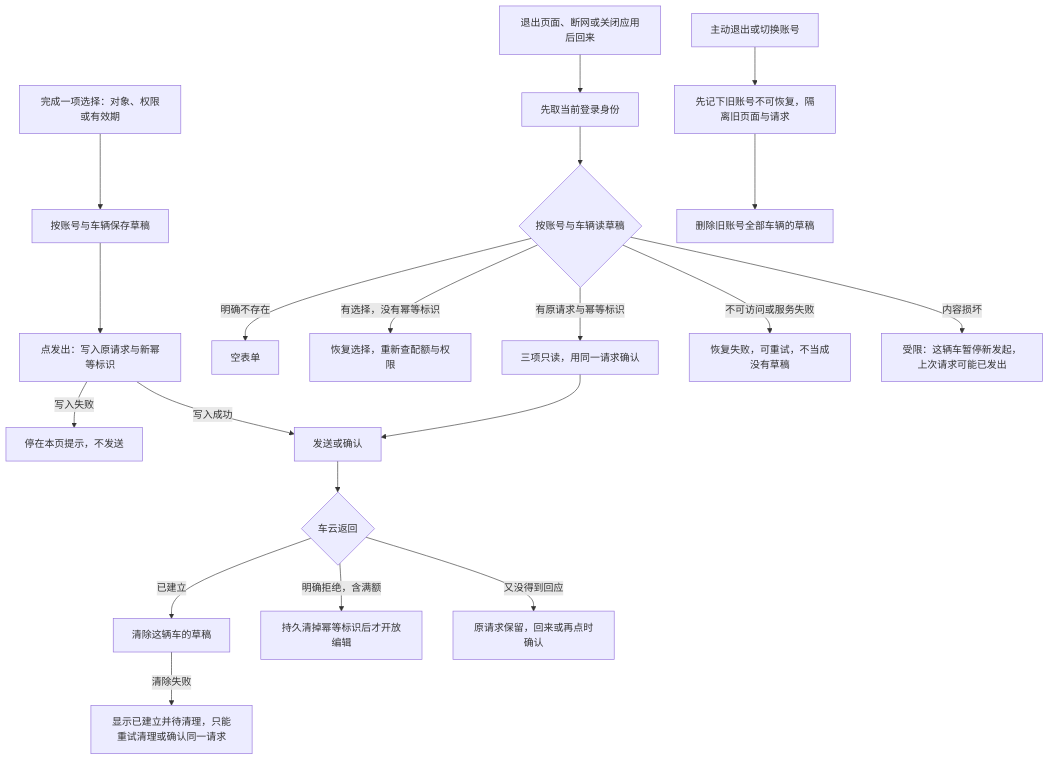
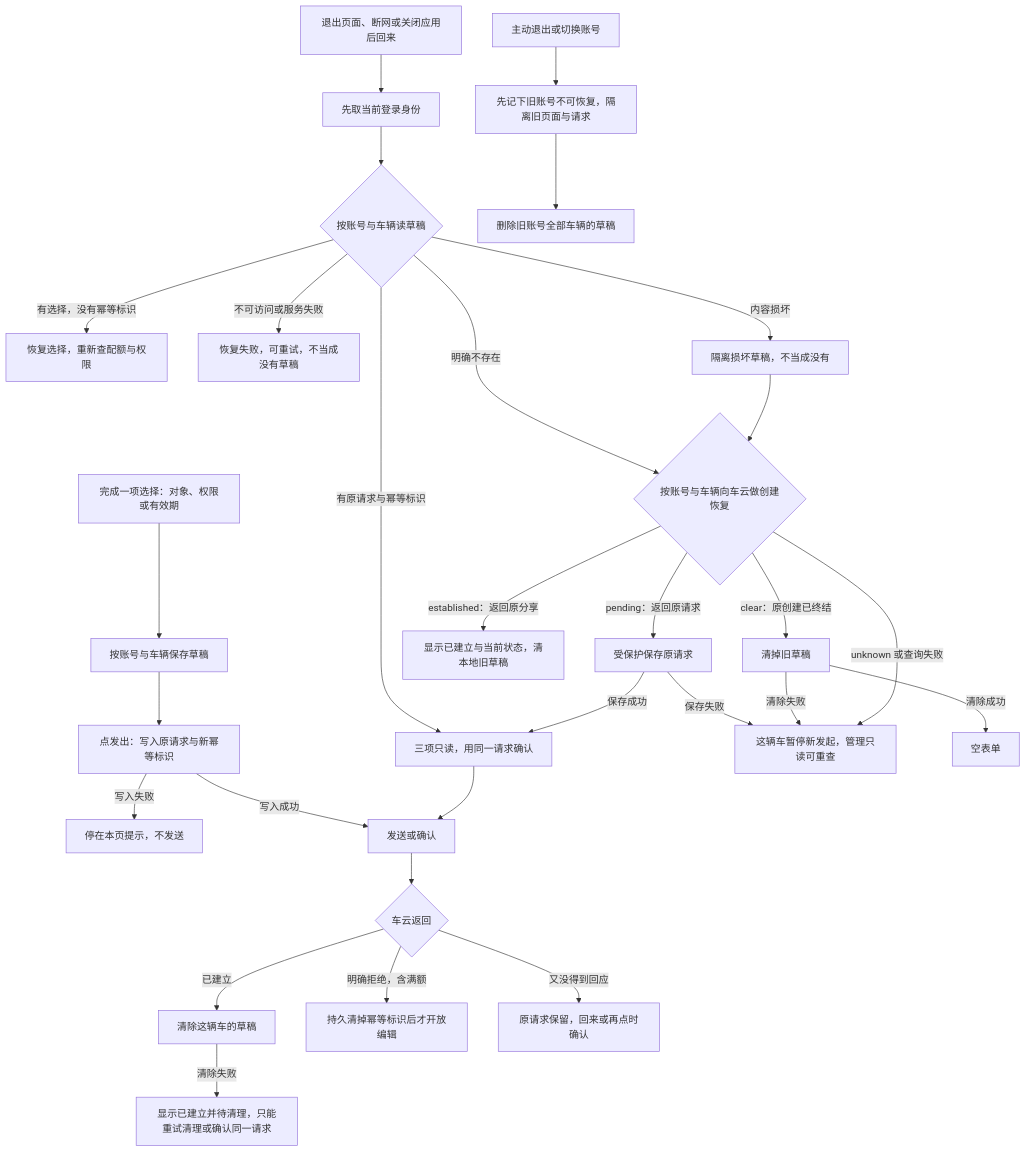
Before and after one commit to sqsqsq/SimulatedWalletForHmos: the fourth of 7 diagrams in doc/plan/1.9.9/金样候选/car-key-sharing/AR/story.md, drawn with Mermaid. The commit also changed other lines of this file and 47 other files, not shown here.

````diff
--- a/doc/plan/1.9.9/金样候选/car-key-sharing/AR/story.md
+++ b/doc/plan/1.9.9/金样候选/car-key-sharing/AR/story.md
@@ -304,23 +311,32 @@
 ```mermaid
 %% 图源 spec §5.3 #1
 flowchart TD
     A[完成一项选择：对象、权限或有效期] --> S[按账号与车辆保存草稿]
     S --> P[点发出：写入原请求与新幂等标识]
     P -->|写入失败| PF[停在本页提示，不发送]
     P -->|写入成功| SEND[发送或确认]
     I[退出页面、断网或关闭应用后回来] --> ID[先取当前登录身份]
     ID --> R{按账号与车辆读草稿}
-    R -->|明确不存在| NEW[空表单]
+    R -->|明确不存在| RC{按账号与车辆向车云做创建恢复}
     R -->|有选择，没有幂等标识| RS[恢复选择，重新查配额与权限]
     R -->|有原请求与幂等标识| K[三项只读，用同一请求确认]
     R -->|不可访问或服务失败| RF[恢复失败，可重试，不当成没有草稿]
-    R -->|内容损坏| BR[受限：这辆车暂停新发起，上次请求可能已发出]
+    R -->|内容损坏| BR[隔离损坏草稿，不当成没有]
+    BR --> RC
+    RC -->|pending：返回原请求| PS[受保护保存原请求]
+    PS -->|保存成功| K
+    PS -->|保存失败| LIM
+    RC -->|established：返回原分享| EST[显示已建立与当前状态，清本地旧草稿]
+    RC -->|clear：原创建已终结| CLR[清掉旧草稿]
+    CLR -->|清除成功| NEW[空表单]
+    CLR -->|清除失败| LIM
+    RC -->|unknown 或查询失败| LIM[这辆车暂停新发起，管理只读可重查]
     K --> SEND
     SEND --> D{车云返回}
     D -->|已建立| C[清除这辆车的草稿]
     C -->|清除失败| PC[显示已建立并待清理，只能重试清理或确认同一请求]
     D -->|明确拒绝，含满额| X[持久清掉幂等标识后才开放编辑]
     D -->|又没得到回应| KEEP[原请求保留，回来或再点时确认]
     L[主动退出或切换账号] --> M[先记下旧账号不可恢复，隔离旧页面与请求]
     M --> CL[删除旧账号全部车辆的草稿]
 ```
````
